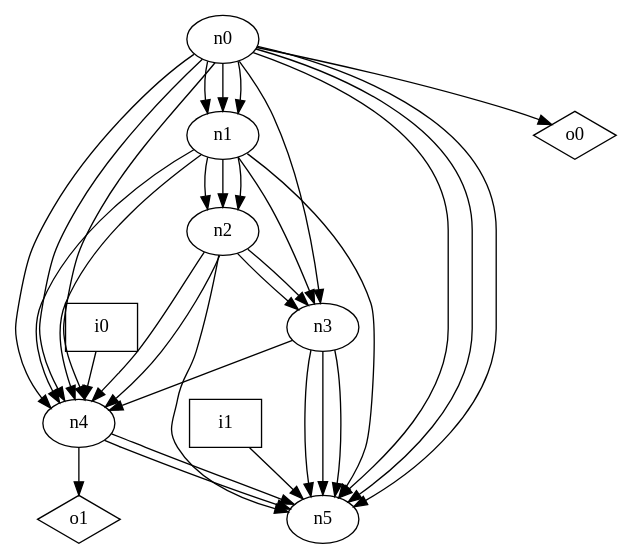
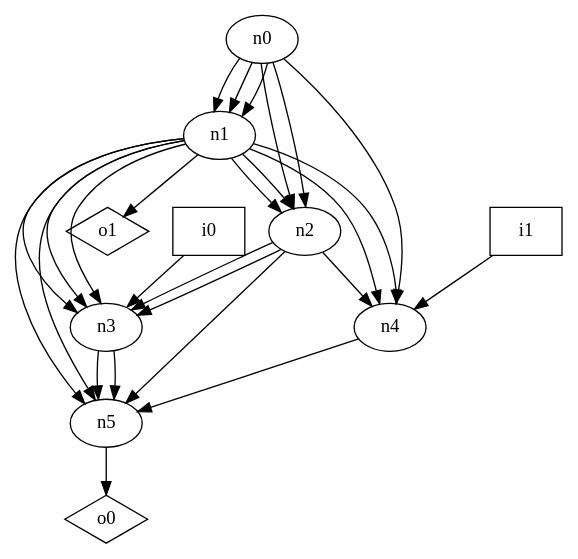
One commit to p9romain/bool-circuits changed the diagram in dot_files/random/random_DAG_loop_free_graph.dot. Above: the diagram before and after it, drawn with Graphviz. The commit also changed 28 other files, not shown here.

```diff
--- a/dot_files/random/random_DAG_loop_free_graph.dot
+++ b/dot_files/random/random_DAG_loop_free_graph.dot
@@ -1,44 +1,38 @@
 digraph G {
 n0 [label="n0"];
 n1 [label="n1"];
 n2 [label="n2"];
 n3 [label="n3"];
 n4 [label="n4"];
 n5 [label="n5"];
 n6 [label="i0",shape="box"];
 n7 [label="i1",shape="box"];
 n8 [label="o0",shape="diamond"];
 n9 [label="o1",shape="diamond"];
 n0 -> n1
 n0 -> n1
 n0 -> n1
-n0 -> n3
+n0 -> n2
+n0 -> n2
 n0 -> n4
-n0 -> n4
-n0 -> n4
-n0 -> n5
-n0 -> n5
-n0 -> n5
-n0 -> n8
 n1 -> n2
 n1 -> n2
-n1 -> n2
+n1 -> n3
+n1 -> n3
 n1 -> n3
 n1 -> n4
 n1 -> n4
 n1 -> n5
+n1 -> n5
+n1 -> n9
 n2 -> n3
 n2 -> n3
 n2 -> n4
-n2 -> n4
 n2 -> n5
-n3 -> n4
-n3 -> n5
 n3 -> n5
 n3 -> n5
 n4 -> n5
-n4 -> n5
-n4 -> n9
-n6 -> n4
-n7 -> n5
+n5 -> n8
+n6 -> n3
+n7 -> n4
 }
```
